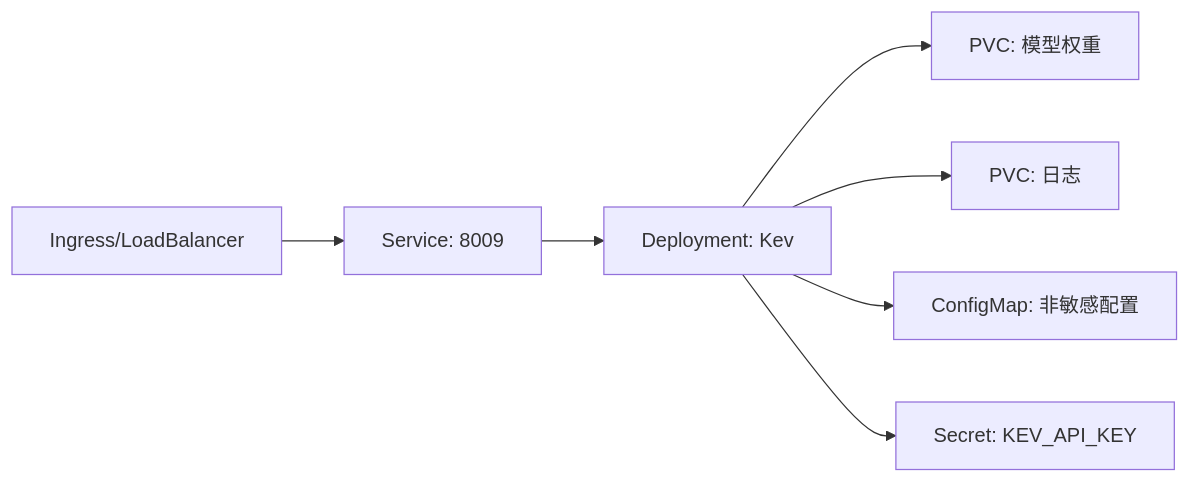
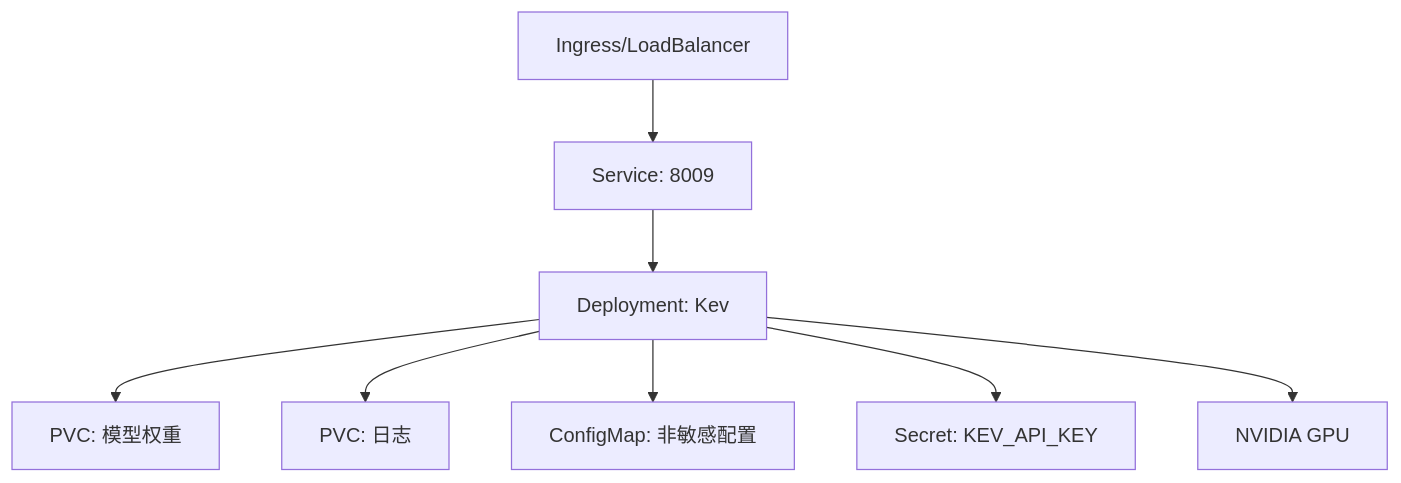
One commit to joezxh/kev changed the fifth of 10 diagrams in .qoder/repowiki/zh/content/部署指南/容器化部署/容器化部署.md. Above: the diagram before and after it, drawn with Mermaid. The commit also changed other lines of this file and 100 other files, not shown here.

````diff
--- a/.qoder/repowiki/zh/content/部署指南/容器化部署/容器化部署.md
+++ b/.qoder/repowiki/zh/content/部署指南/容器化部署/容器化部署.md
@@ -170,9 +294,10 @@
 ```mermaid
-graph LR
+graph TB
 Ingress["Ingress/LoadBalancer"] --> SVC["Service: 8009"]
 SVC --> DEP["Deployment: Kev"]
 DEP --> PVC_MODEL["PVC: 模型权重"]
 DEP --> PVC_LOG["PVC: 日志"]
 DEP --> CM["ConfigMap: 非敏感配置"]
 DEP --> SEC["Secret: KEV_API_KEY"]
+DEP --> GPU["NVIDIA GPU"]
 ```
````
